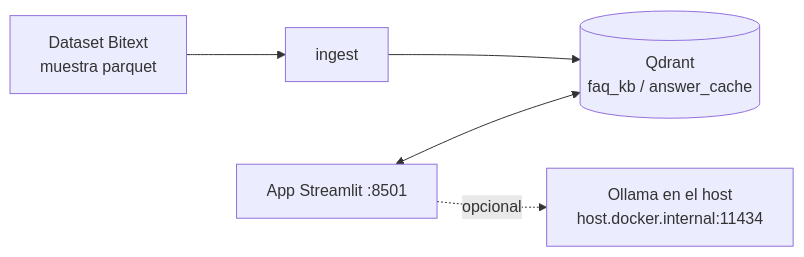
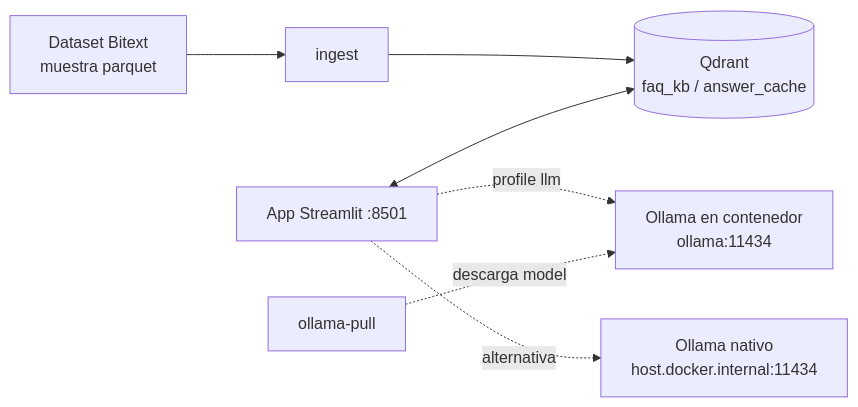
One commit to handelenriquezacuna/QuadrantMVP changed the diagram in README.md. Above: the diagram before and after it, drawn with Mermaid. The commit also changed other lines of this file and 4 other files, not shown here.

Commit message:
T-10: Ollama como servicio opcional de compose (profile llm) con descarga automática del modelo

````diff
--- a/README.md
+++ b/README.md
@@ -22,7 +22,9 @@
 ```mermaid
 flowchart LR
     D[Dataset Bitext<br/>muestra parquet] --> I[ingest]
     I --> Q[(Qdrant<br/>faq_kb / answer_cache)]
     A[App Streamlit :8501] <--> Q
-    A -.opcional.-> O[Ollama en el host<br/>host.docker.internal:11434]
+    A -.profile llm.-> O[Ollama en contenedor<br/>ollama:11434]
+    P[ollama-pull] -.descarga modelo.-> O
+    A -.alternativa.-> N[Ollama nativo<br/>host.docker.internal:11434]
 ```
````
